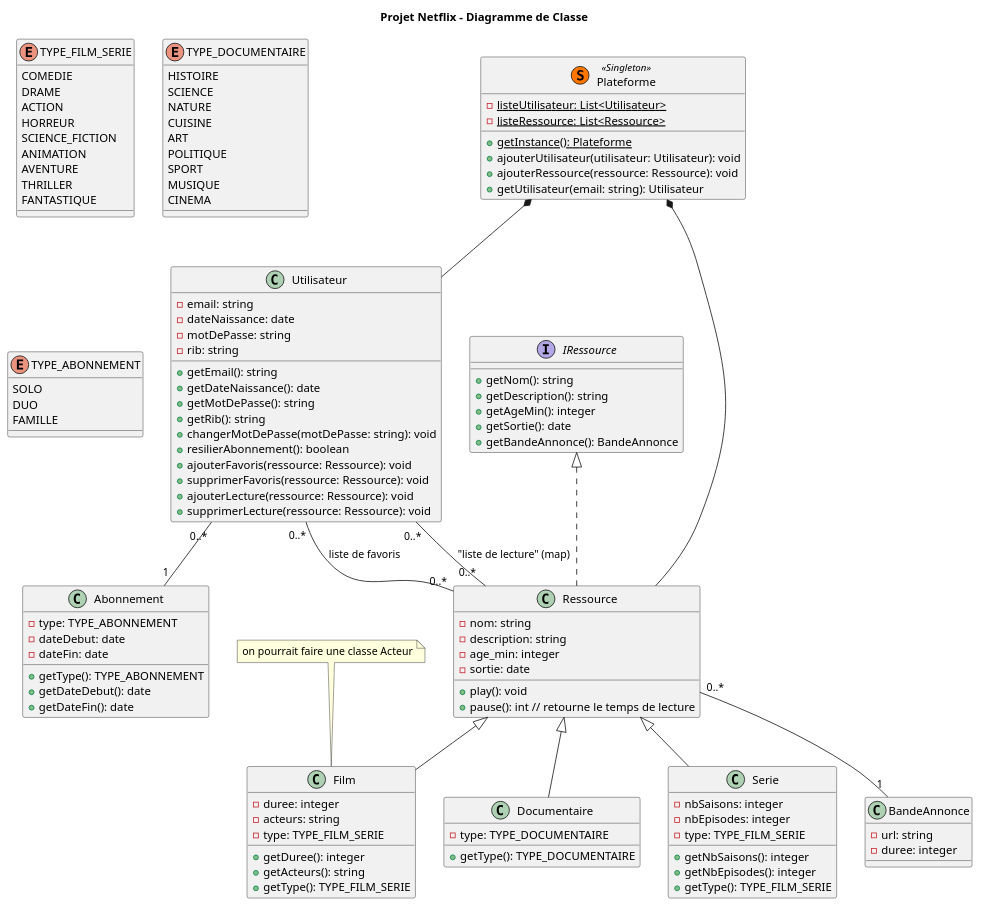
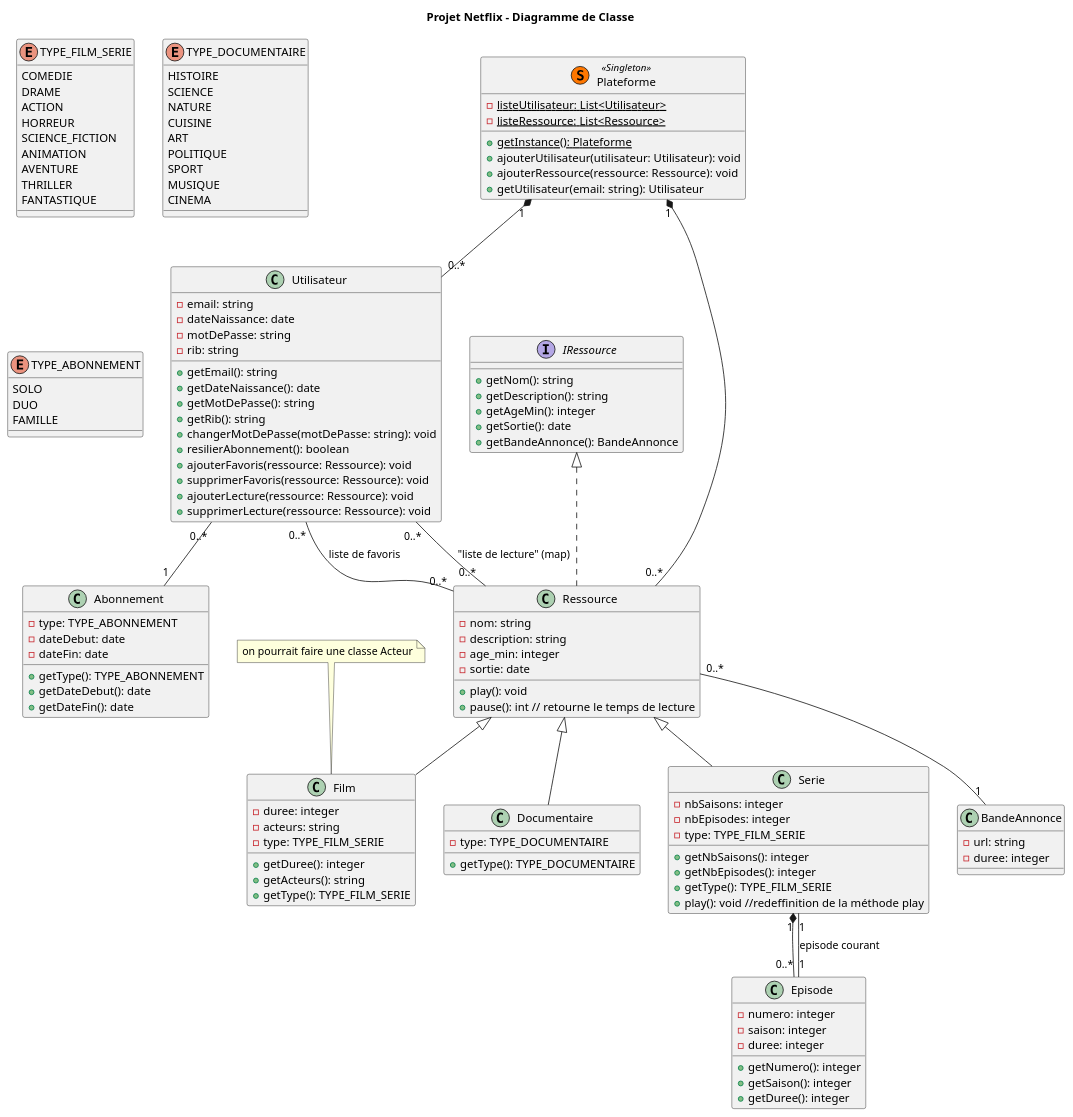
The diagram in diagramme.puml (tigrou23/Netflix_JAVA), drawn with PlantUML before and after one commit.

Commit message:
ajout de la classe Episode pour les séries

```diff
--- a/diagramme.puml
+++ b/diagramme.puml
@@ -1,140 +1,153 @@
 @startuml
 
 title Projet Netflix - Diagramme de Classe
 
 class Plateforme << (S,#FF7700) Singleton >>{
     {static} - listeUtilisateur: List<Utilisateur>
     {static} - listeRessource: List<Ressource>
     {static} + getInstance(): Plateforme
     + ajouterUtilisateur(utilisateur: Utilisateur): void
     + ajouterRessource(ressource: Ressource): void
     + getUtilisateur(email: string): Utilisateur
 }
 
-Plateforme *-- Utilisateur
-Plateforme *-- Ressource
+Plateforme "1" *-- "0..*" Utilisateur
+Plateforme "1" *-- "0..*" Ressource
 
 /'
 ---- Définition des Ressources ----
 '/
 
 enum TYPE_FILM_SERIE {
     COMEDIE
     DRAME
     ACTION
     HORREUR
     SCIENCE_FICTION
     ANIMATION
     AVENTURE
     THRILLER
     FANTASTIQUE
 }
 
 enum TYPE_DOCUMENTAIRE{
     HISTOIRE
     SCIENCE
     NATURE
     CUISINE
     ART
     POLITIQUE
     SPORT
     MUSIQUE
     CINEMA
 }
 
 class BandeAnnonce{
     - url: string
     - duree: integer
 }
 
 interface IRessource{
     + getNom(): string
     + getDescription(): string
     + getAgeMin(): integer
     + getSortie(): date
     + getBandeAnnonce(): BandeAnnonce
 }
 
 note "on pourrait faire une classe Acteur" as acteur
 acteur .. Film
 
 abstract Ressource {
     - nom: string
     - description: string
     - age_min: integer
     - sortie: date
     + play(): void
     + pause(): int // retourne le temps de lecture
 }
 
 Ressource "0..*" -- "1" BandeAnnonce
 class Ressource implements IRessource
 
 class Film{
     - duree: integer
     - acteurs: string
     - type: TYPE_FILM_SERIE
     + getDuree(): integer
     + getActeurs(): string
     + getType(): TYPE_FILM_SERIE
 }
 
 class Documentaire{
     - type: TYPE_DOCUMENTAIRE
     + getType(): TYPE_DOCUMENTAIRE
 }
 
 class Serie{
     - nbSaisons: integer
     - nbEpisodes: integer
     - type: TYPE_FILM_SERIE
     + getNbSaisons(): integer
     + getNbEpisodes(): integer
     + getType(): TYPE_FILM_SERIE
+    + play(): void //redeffinition de la méthode play
 }
+
+class Episode{
+    - numero: integer
+    - saison: integer
+    - duree: integer
+    + getNumero(): integer
+    + getSaison(): integer
+    + getDuree(): integer
+}
+
+Serie "1" *-- "0..*" Episode
+Serie "1" -- "1" Episode : "episode courant"
 
 class Film extends Ressource
 class Documentaire extends Ressource
 class Serie extends Ressource
 
 /'
 ---- Définition des Utilisateurs ----
 '/
 
 enum TYPE_ABONNEMENT{
     SOLO
     DUO
     FAMILLE
 }
 
 class Abonnement{
     - type: TYPE_ABONNEMENT
     - dateDebut: date
     - dateFin: date
     + getType(): TYPE_ABONNEMENT
     + getDateDebut(): date
     + getDateFin(): date
 }
 
 class Utilisateur{
     - email: string
     - dateNaissance: date
     - motDePasse: string
     - rib: string
     + getEmail(): string
     + getDateNaissance(): date
     + getMotDePasse(): string
     + getRib(): string
     + changerMotDePasse(motDePasse: string): void
     + resilierAbonnement(): boolean
     + ajouterFavoris(ressource: Ressource): void
     + supprimerFavoris(ressource: Ressource): void
     + ajouterLecture(ressource: Ressource): void
     + supprimerLecture(ressource: Ressource): void
 }
 
 Utilisateur "0..*" -- "0..*" Ressource : "liste de favoris"
 Utilisateur "0..*" -- "0..*" Ressource : "liste de lecture" (map)
 Utilisateur "0..*" -- "1" Abonnement
 
 @enduml
```
